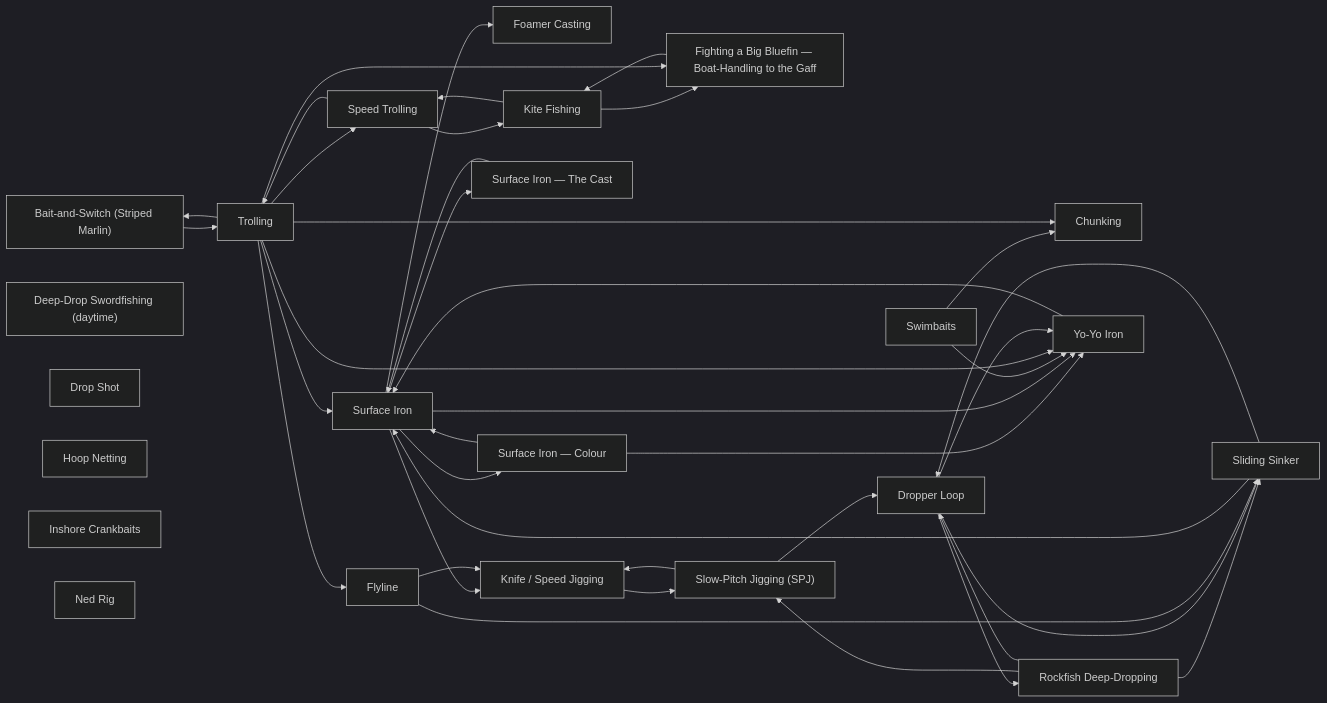
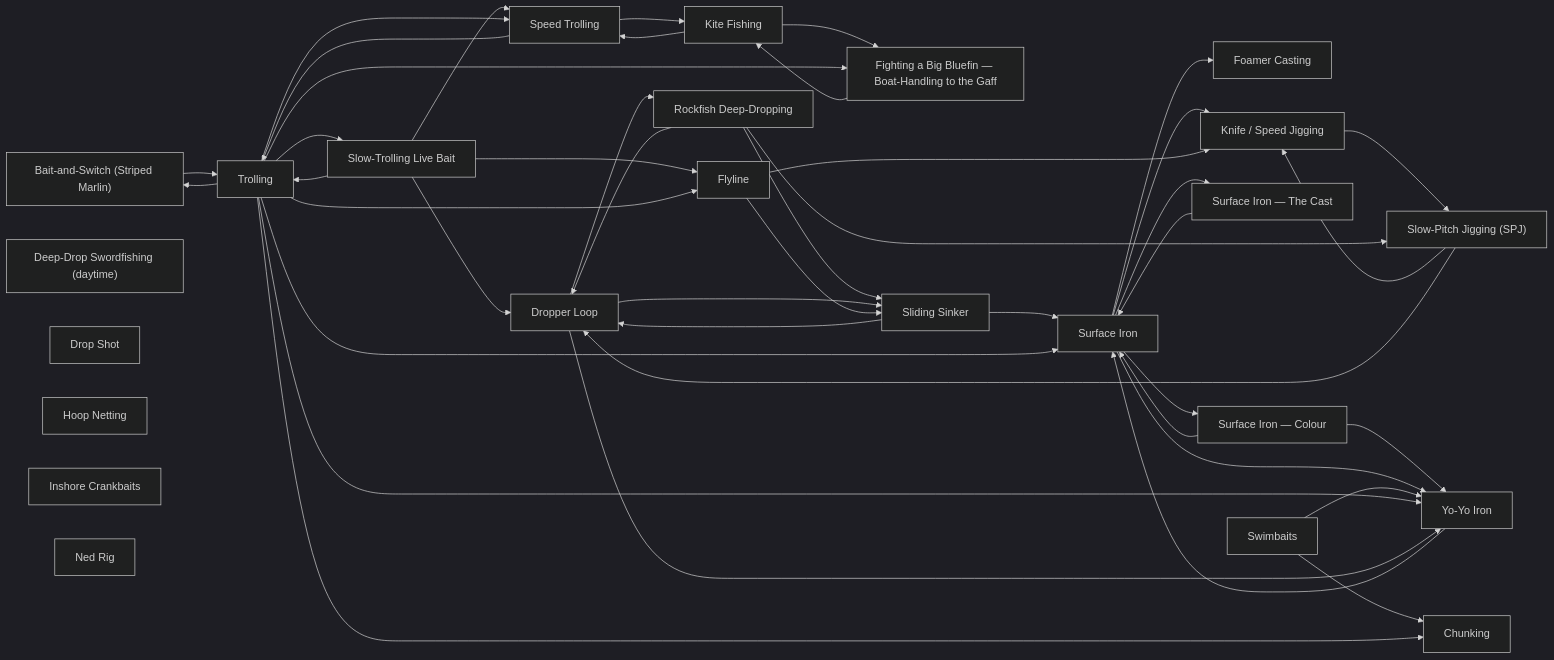
The diagram in techniques/README.md (camchuckpete-max/Socal-Fishing-Knowledge), drawn with Mermaid (dark theme) before and after one commit. The commit also changed other lines of this file and 10 other files, not shown here.

````diff
--- a/techniques/README.md
+++ b/techniques/README.md
@@ -36,63 +37,69 @@
 ```mermaid
 graph LR
   n0["Bait-and-Switch (Striped Marlin)"]
   n1["Chunking"]
   n2["Deep-Drop Swordfishing (daytime)"]
   n3["Drop Shot"]
   n4["Dropper Loop"]
   n5["Fighting a Big Bluefin — Boat-Handling to the Gaff"]
   n6["Flyline"]
   n7["Foamer Casting"]
   n8["Hoop Netting"]
   n9["Inshore Crankbaits"]
   n10["Kite Fishing"]
   n11["Knife / Speed Jigging"]
   n12["Ned Rig"]
   n13["Rockfish Deep-Dropping"]
   n14["Sliding Sinker"]
   n15["Slow-Pitch Jigging (SPJ)"]
-  n16["Speed Trolling"]
-  n17["Surface Iron — The Cast"]
-  n18["Surface Iron — Colour"]
-  n19["Surface Iron"]
-  n20["Swimbaits"]
-  n21["Trolling"]
-  n22["Yo-Yo Iron"]
-  n0 --> n21
-  n10 --> n16
+  n16["Slow-Trolling Live Bait"]
+  n17["Speed Trolling"]
+  n18["Surface Iron — The Cast"]
+  n19["Surface Iron — Colour"]
+  n20["Surface Iron"]
+  n21["Swimbaits"]
+  n22["Trolling"]
+  n23["Yo-Yo Iron"]
+  n0 --> n22
+  n10 --> n17
   n10 --> n5
   n11 --> n15
   n13 --> n14
   n13 --> n15
   n13 --> n4
-  n14 --> n19
+  n14 --> n20
   n14 --> n4
   n15 --> n11
   n15 --> n4
-  n16 --> n10
-  n16 --> n21
-  n17 --> n19
-  n18 --> n19
-  n18 --> n22
-  n19 --> n11
-  n19 --> n17
-  n19 --> n18
-  n19 --> n22
-  n19 --> n7
-  n20 --> n1
-  n20 --> n22
-  n21 --> n0
+  n16 --> n17
+  n16 --> n22
+  n16 --> n4
+  n16 --> n6
+  n17 --> n10
+  n17 --> n22
+  n18 --> n20
+  n19 --> n20
+  n19 --> n23
+  n20 --> n11
+  n20 --> n18
+  n20 --> n19
+  n20 --> n23
+  n20 --> n7
   n21 --> n1
-  n21 --> n16
-  n21 --> n19
-  n21 --> n22
-  n21 --> n5
-  n21 --> n6
-  n22 --> n19
+  n21 --> n23
+  n22 --> n0
+  n22 --> n1
+  n22 --> n16
+  n22 --> n17
+  n22 --> n20
+  n22 --> n23
+  n22 --> n5
+  n22 --> n6
+  n23 --> n20
   n4 --> n13
   n4 --> n14
-  n4 --> n22
+  n4 --> n23
   n5 --> n10
   n6 --> n11
   n6 --> n14
 ```
````
